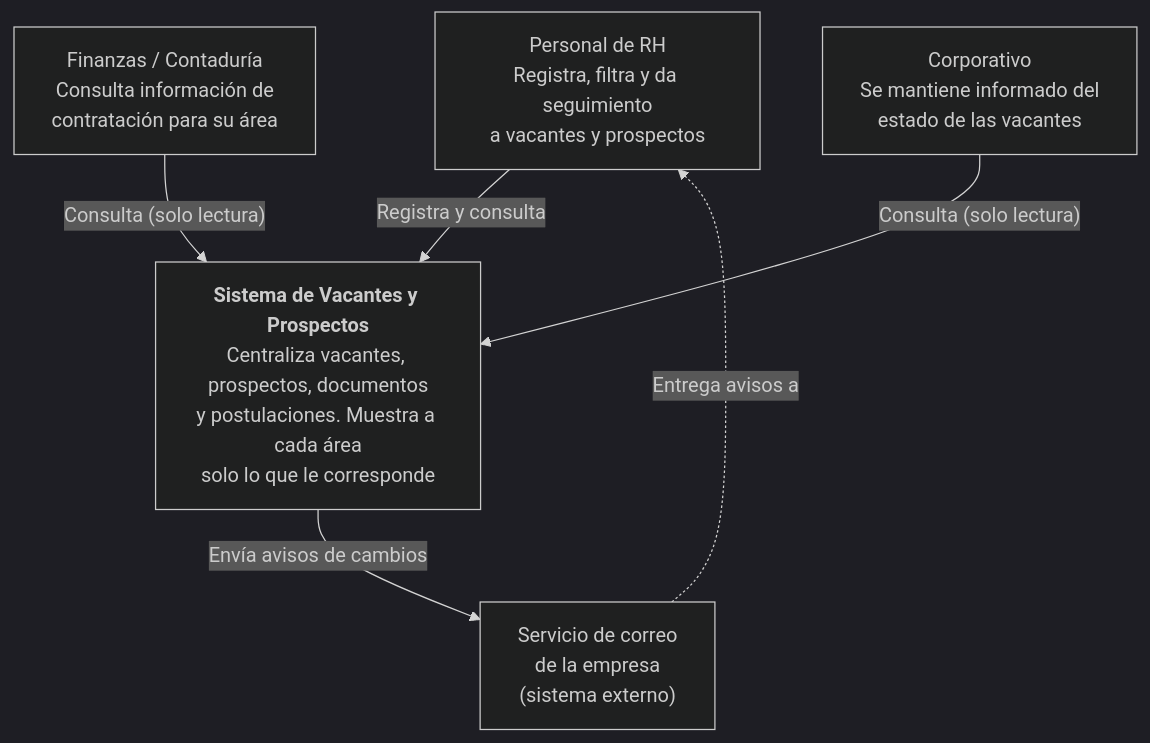
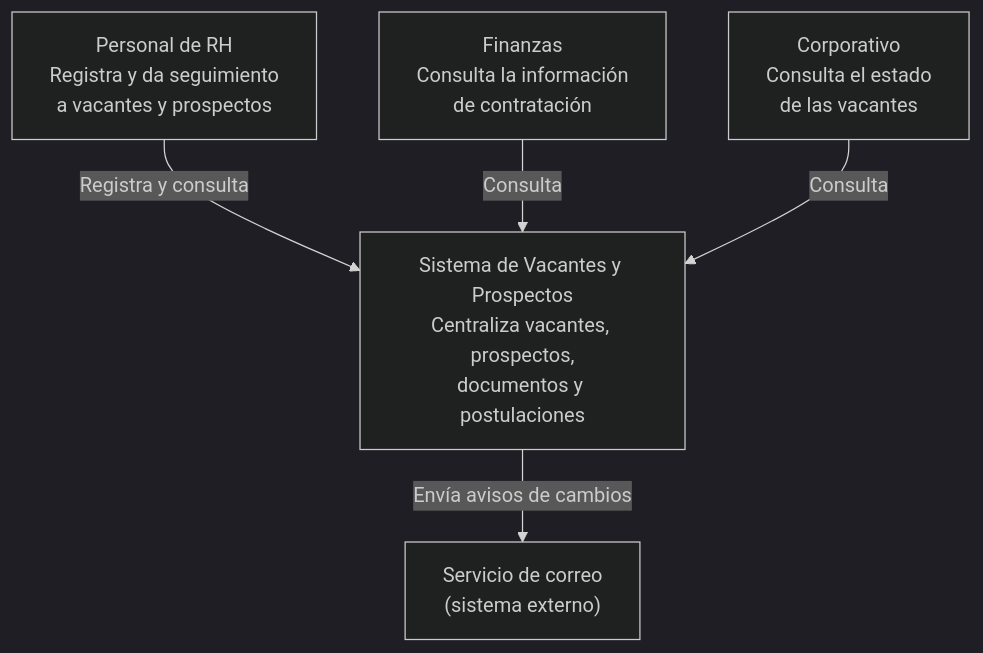
The first of 3 diagrams in docs/arch/Diagramas del Sistema de Vacantes y Prospectos de RH.md (EliasGC06/Mi-proyecto-ing.software), drawn with Mermaid (dark theme) before and after one commit. The commit also changed other lines of this file, not shown here.

Commit message:
Update system diagrams for clarity and accuracy

````diff
--- a/docs/arch/Diagramas del Sistema de Vacantes y Prospectos de RH.md
+++ b/docs/arch/Diagramas del Sistema de Vacantes y Prospectos de RH.md
@@ -7,16 +7,15 @@
 ```mermaid
 flowchart TB
-    rh[" Personal de RH<br/>Registra, filtra y da seguimiento<br/>a vacantes y prospectos"]
-    fin[" Finanzas / Contaduría<br/>Consulta información de<br/>contratación para su área"]
-    corp[" Corporativo<br/>Se mantiene informado del<br/>estado de las vacantes"]
-
-    sistema["<b>Sistema de Vacantes y Prospectos</b><br/>Centraliza vacantes, prospectos, documentos<br/>y postulaciones. Muestra a cada área<br/>solo lo que le corresponde"]
-
-    correo[" Servicio de correo<br/>de la empresa<br/>(sistema externo)"]
-
+    rh["Personal de RH<br/>Registra y da seguimiento<br/>a vacantes y prospectos"]
+    fin["Finanzas<br/>Consulta la información<br/>de contratación"]
+    corp["Corporativo<br/>Consulta el estado<br/>de las vacantes"]
+ 
+    sistema["Sistema de Vacantes y Prospectos<br/>Centraliza vacantes, prospectos,<br/>documentos y postulaciones"]
+ 
+    correo["Servicio de correo<br/>(sistema externo)"]
+ 
     rh -->|"Registra y consulta"| sistema
-    fin -->|"Consulta (solo lectura)"| sistema
-    corp -->|"Consulta (solo lectura)"| sistema
+    fin -->|"Consulta"| sistema
+    corp -->|"Consulta"| sistema
     sistema -->|"Envía avisos de cambios"| correo
-    correo -.->|"Entrega avisos a"| rh
 ```
````
